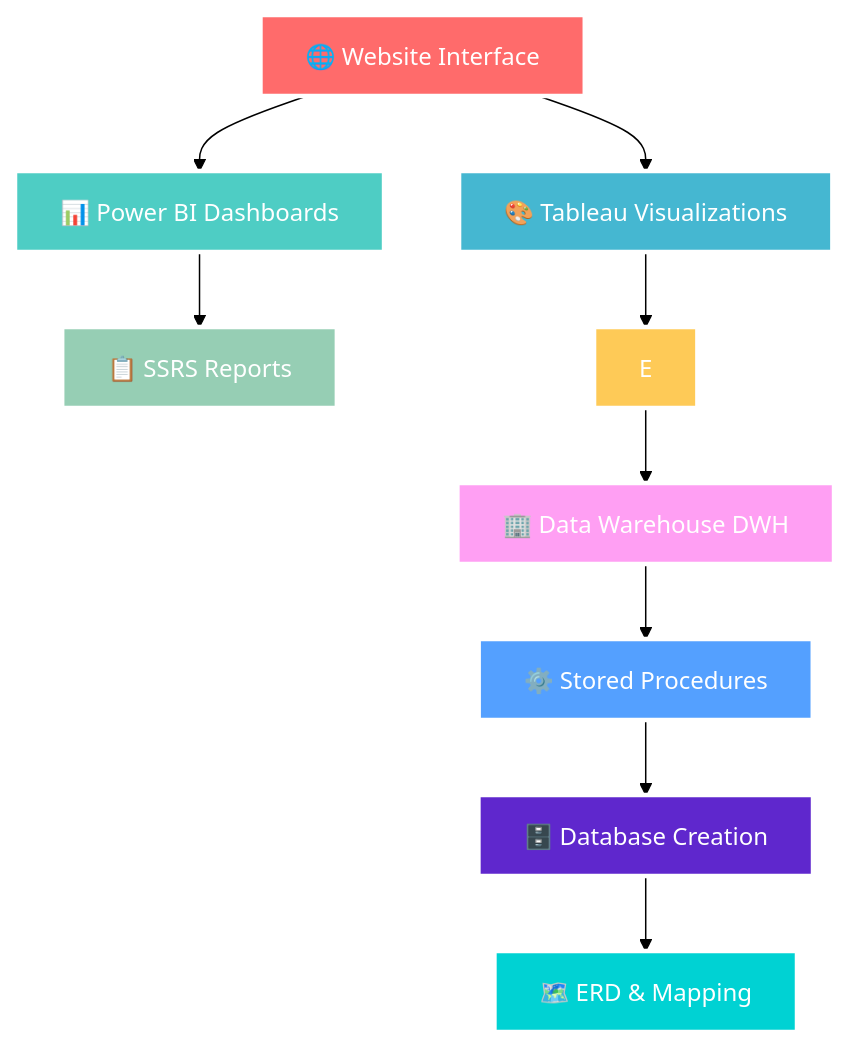
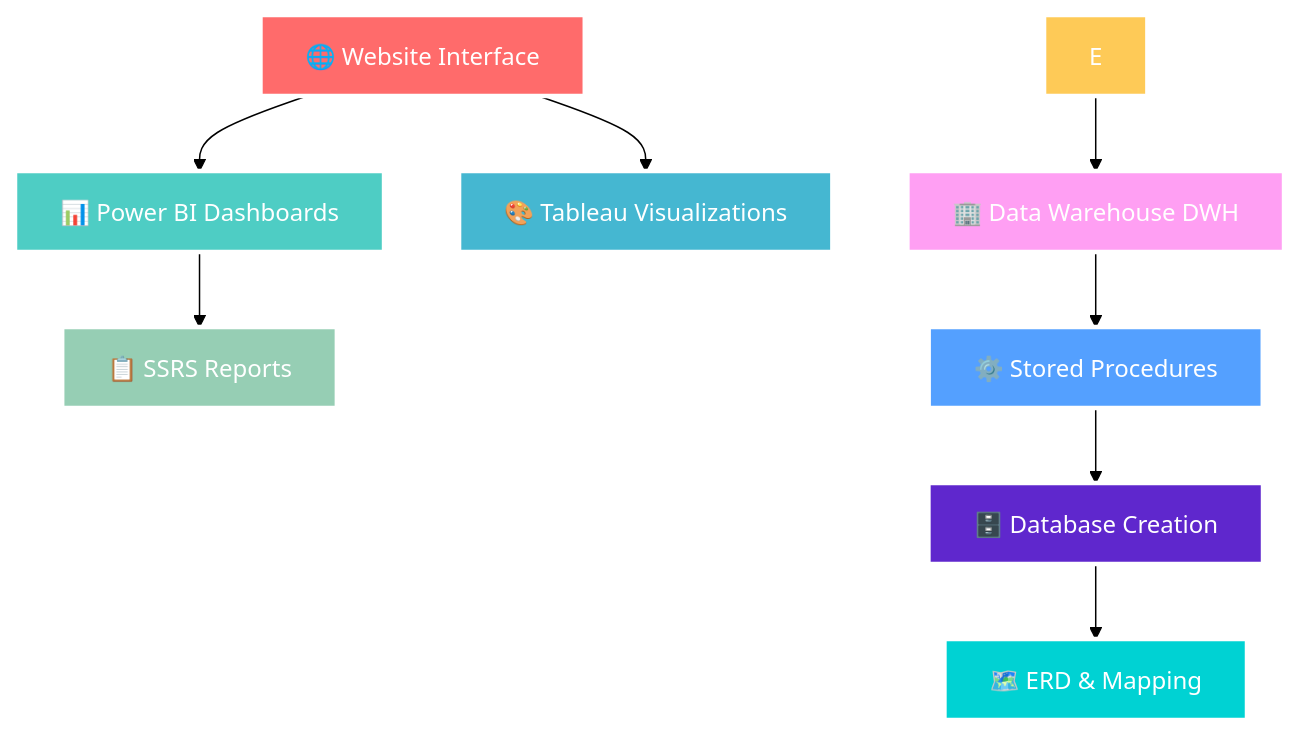
The diagram in README.md (ZiadSharaf/ITI-Examination-System), drawn with Mermaid (forest theme) before and after one commit.

````diff
--- a/README.md
+++ b/README.md
@@ -77,21 +77,20 @@
 ```mermaid
 graph TB
    A[🌐 Website Interface] --> B[📊 Power BI Dashboards]
    A --> C[🎨 Tableau Visualizations]
    B --> D[📋 SSRS Reports]
-   C --> E
    E --> F[🏢 Data Warehouse DWH]
    F --> G[⚙️ Stored Procedures]
    G --> H[🗄️ Database Creation]
    H --> I[🗺️ ERD & Mapping]
    
    style A fill:#ff6b6b,stroke:#fff,stroke-width:3px,color:#fff
    style B fill:#4ecdc4,stroke:#fff,stroke-width:3px,color:#fff
    style C fill:#45b7d1,stroke:#fff,stroke-width:3px,color:#fff
    style D fill:#96ceb4,stroke:#fff,stroke-width:3px,color:#fff
    style E fill:#feca57,stroke:#fff,stroke-width:3px,color:#fff
    style F fill:#ff9ff3,stroke:#fff,stroke-width:3px,color:#fff
    style G fill:#54a0ff,stroke:#fff,stroke-width:3px,color:#fff
    style H fill:#5f27cd,stroke:#fff,stroke-width:3px,color:#fff
    style I fill:#00d2d3,stroke:#fff,stroke-width:3px,color:#fff
 ```
````
